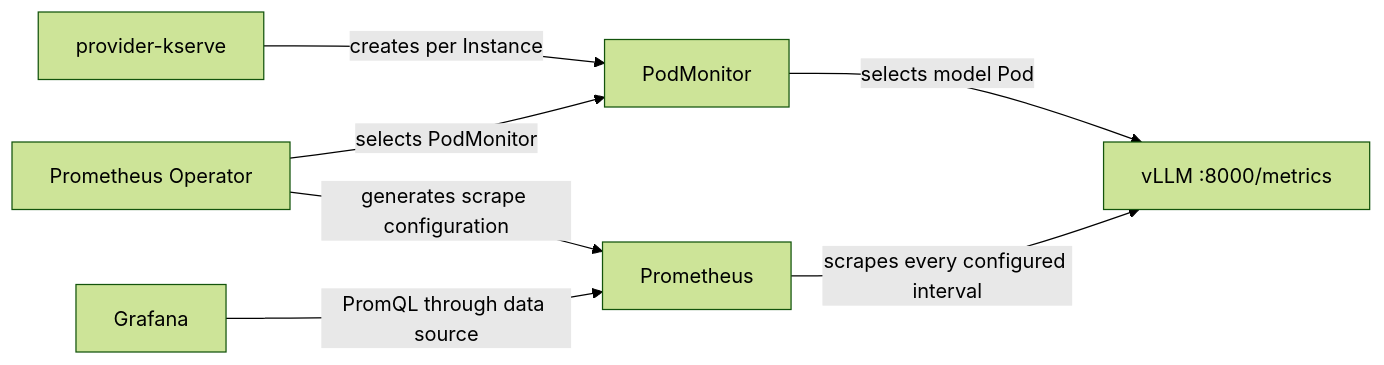
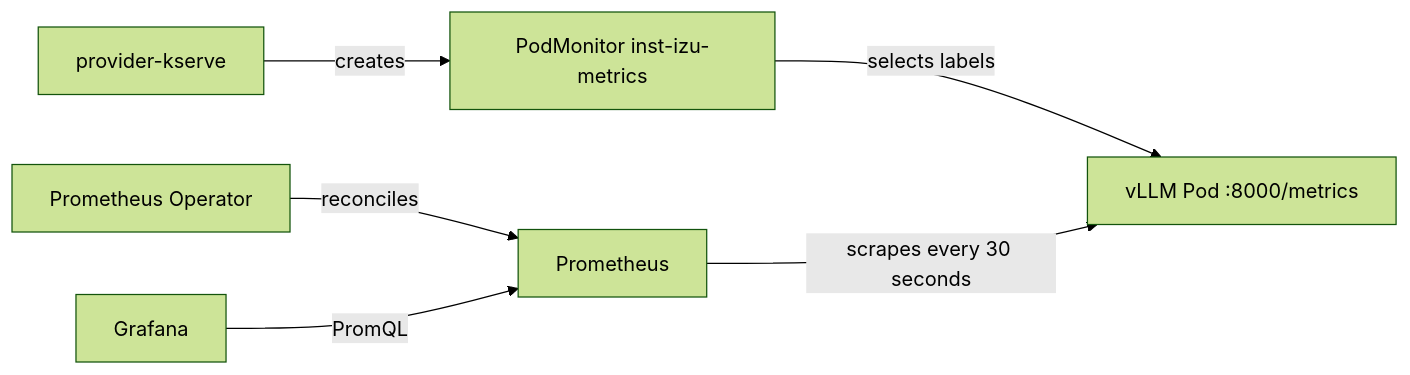
One commit to atharvamhaske/kserve-demo changed the fifth of 6 diagrams in docs/kubernetes-and-vllm-observability.md. Above: the diagram before and after it, drawn with Mermaid (forest theme). The commit also changed other lines of this file, not shown here.

````diff
--- a/docs/kubernetes-and-vllm-observability.md
+++ b/docs/kubernetes-and-vllm-observability.md
@@ -341,9 +341,8 @@
 ```mermaid
 flowchart LR
-    PK["provider-kserve"] -->|creates per Instance| PM["PodMonitor"]
-    PO["Prometheus Operator"] -->|selects PodMonitor| PM
-    PM -->|selects model Pod| V["vLLM :8000/metrics"]
-    Prom["Prometheus"] -->|scrapes every configured interval| V
-    PO -->|generates scrape configuration| Prom
-    Graf["Grafana"] -->|PromQL through data source| Prom
+    PK["provider-kserve"] -->|creates| PM["PodMonitor inst-izu-metrics"]
+    PM -->|selects labels| V["vLLM Pod :8000/metrics"]
+    PO["Prometheus Operator"] -->|reconciles| Prom["Prometheus"]
+    Prom -->|scrapes every 30 seconds| V
+    Graf["Grafana"] -->|PromQL| Prom
 ```
````
